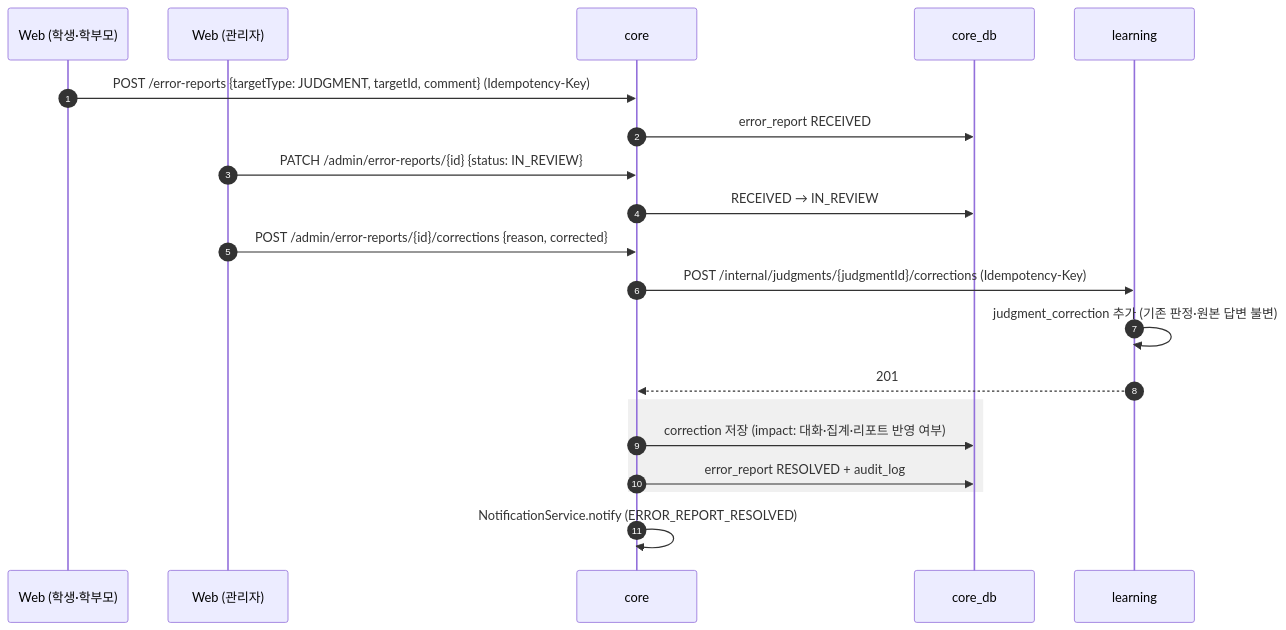
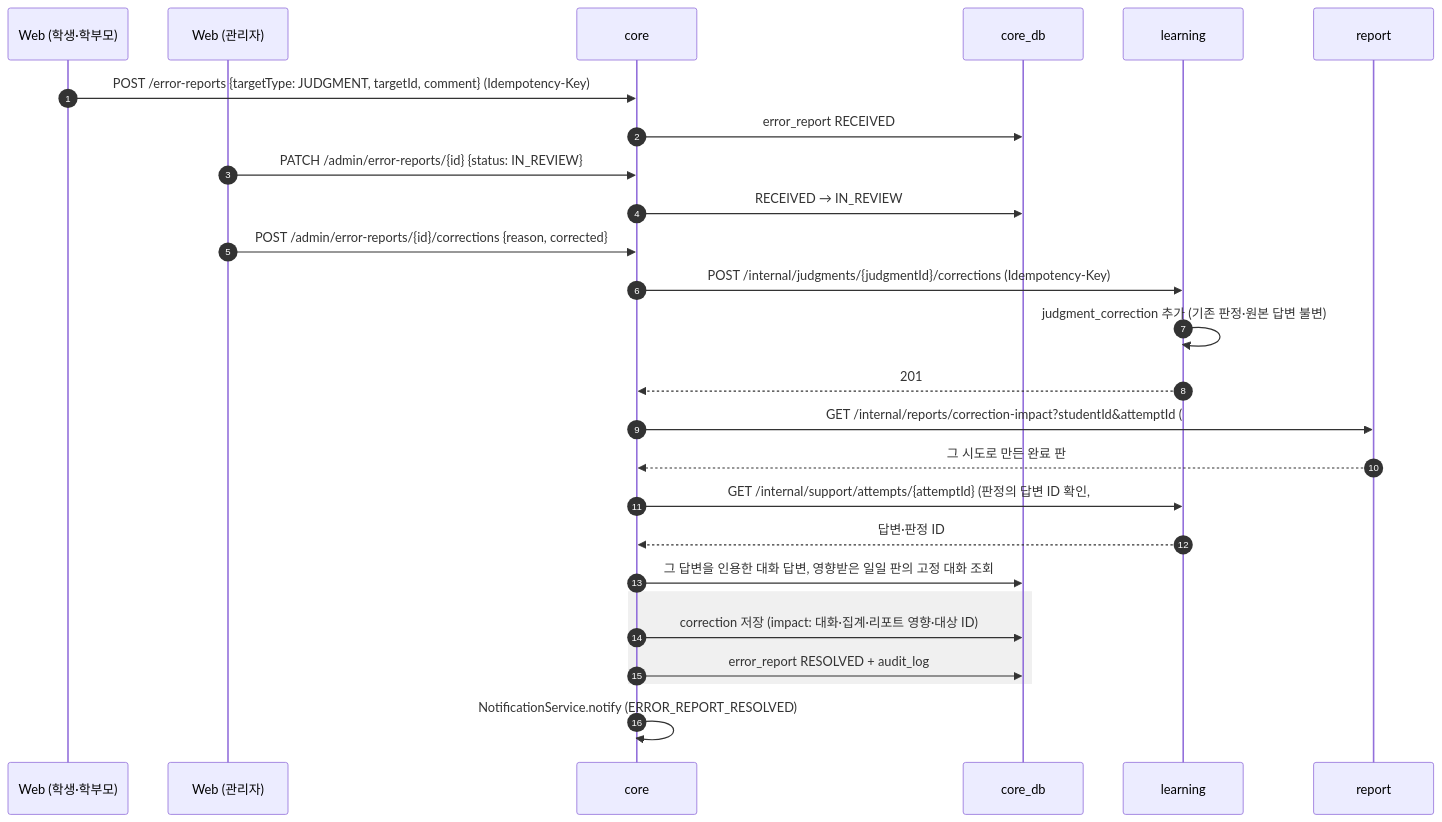
Before and after one commit to SKNETWORKS-FAMILY-AICAMP/SKN34-FINAL-3TEAM: diagram 30 of 34 in docs/design/sequence-diagram.md, drawn with Mermaid. The commit also changed 9 other files, not shown here.

````diff
--- a/docs/design/sequence-diagram.md
+++ b/docs/design/sequence-diagram.md
@@ -1221,23 +1221,29 @@
 ```mermaid
 sequenceDiagram
   autonumber
   participant W as Web (학생·학부모)
   participant AW as Web (관리자)
   participant C as core
   participant DB as core_db
   participant L as learning
+  participant R as report
 
   W->>C: POST /error-reports {targetType: JUDGMENT, targetId, comment} (Idempotency-Key)
   C->>DB: error_report RECEIVED
   AW->>C: PATCH /admin/error-reports/{id} {status: IN_REVIEW}
   C->>DB: RECEIVED → IN_REVIEW
   AW->>C: POST /admin/error-reports/{id}/corrections {reason, corrected}
   C->>L: POST /internal/judgments/{judgmentId}/corrections (Idempotency-Key)
   L->>L: judgment_correction 추가 (기존 판정·원본 답변 불변)
   L-->>C: 201
+  C->>R: GET /internal/reports/correction-impact?studentId&attemptId (#244, 실패 시 UNKNOWN)
+  R-->>C: 그 시도로 만든 완료 판
+  C->>L: GET /internal/support/attempts/{attemptId} (판정의 답변 ID 확인, #244)
+  L-->>C: 답변·판정 ID
+  C->>DB: 그 답변을 인용한 대화 답변, 영향받은 일일 판의 고정 대화 조회
   rect rgba(128,128,128,0.12)
-    C->>DB: correction 저장 (impact: 대화·집계·리포트 반영 여부)
+    C->>DB: correction 저장 (impact: 대화·집계·리포트 영향·대상 ID)
     C->>DB: error_report RESOLVED + audit_log
   end
   C->>C: NotificationService.notify (ERROR_REPORT_RESOLVED)
 ```
````
